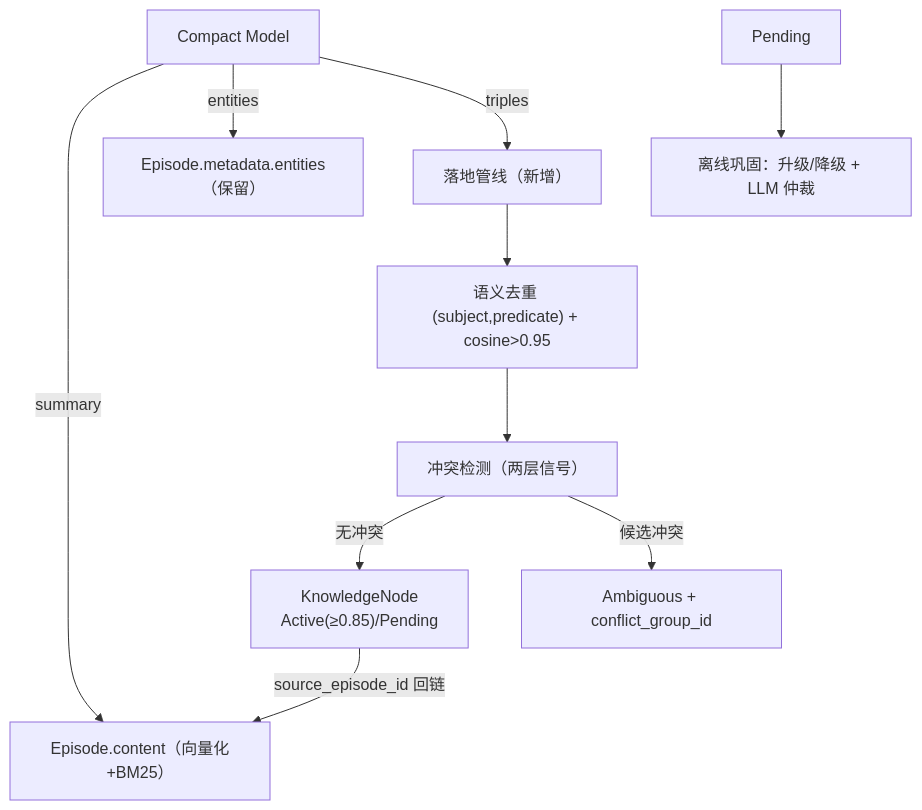
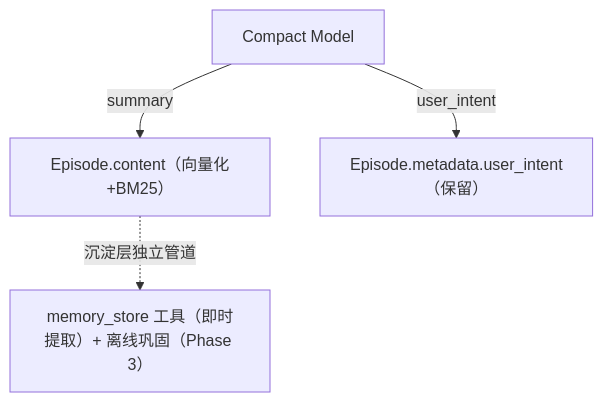
Before and after one commit to tranxon/ACowork: the first of 2 diagrams in docs/adr/zh/ADR-057-compaction-distillation-into-graph.md, drawn with Mermaid. The commit also changed other lines of this file and 4 other files, not shown here.

````diff
--- a/docs/adr/zh/ADR-057-compaction-distillation-into-graph.md
+++ b/docs/adr/zh/ADR-057-compaction-distillation-into-graph.md
@@ -107,12 +157,6 @@
 ```mermaid
 graph TD
     CM["Compact Model"] -->|summary| EP["Episode.content（向量化+BM25）"]
-    CM -->|entities| MD["Episode.metadata.entities（保留）"]
-    CM -->|triples| KC["落地管线（新增）"]
-    KC --> DD["语义去重 (subject,predicate) + cosine>0.95"]
-    DD --> CD["冲突检测（两层信号）"]
-    CD -->|无冲突| KN["KnowledgeNode<br/>Active(≥0.85)/Pending"]
-    CD -->|候选冲突| CA["Ambiguous + conflict_group_id"]
-    KN -->|source_episode_id 回链| EP
-    PEND["Pending"] --> OFF["离线巩固：升级/降级 + LLM 仲裁"]
+    CM -->|user_intent| MD["Episode.metadata.user_intent（保留）"]
+    EP -.沉淀层独立管道.-> KT["memory_store 工具（即时提取）+ 离线巩固（Phase 3）"]
 ```
````
